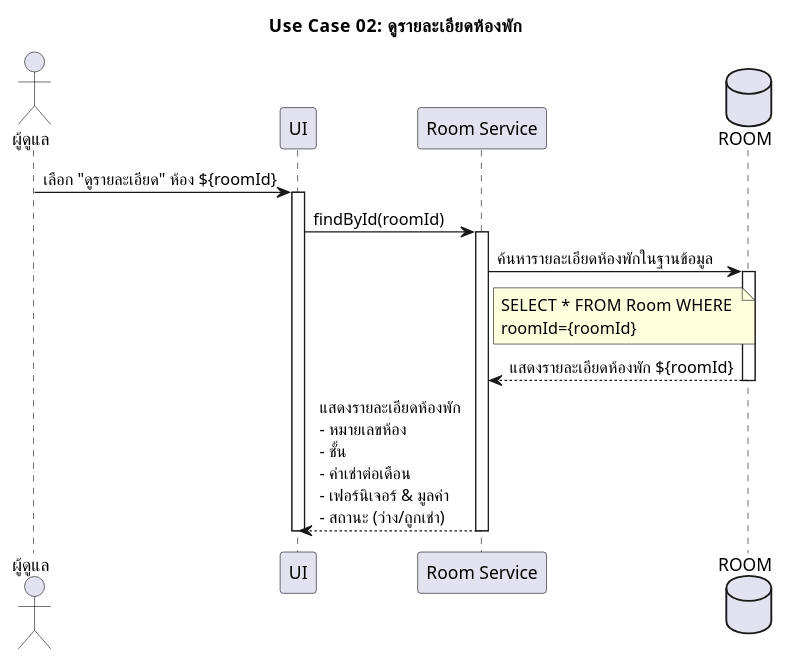
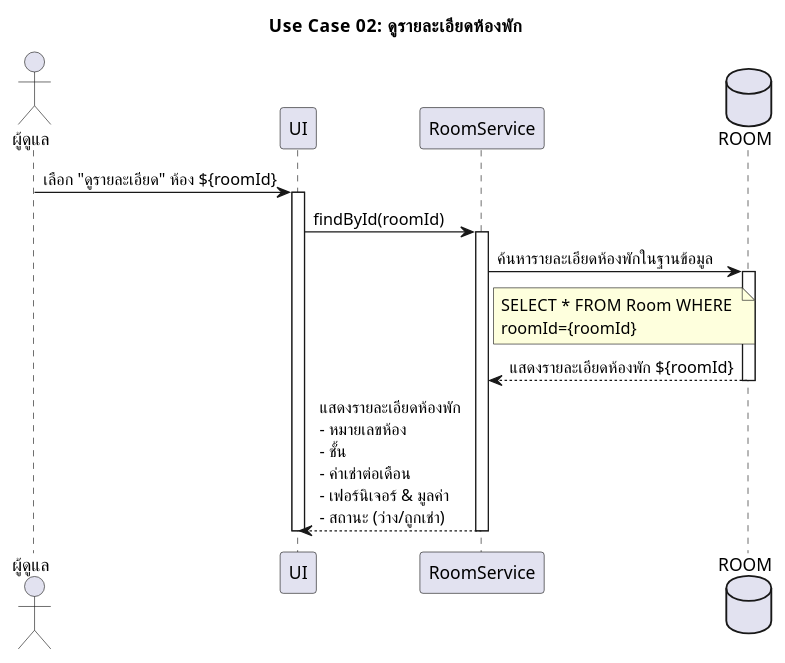
Before and after one commit to warinyang/UML-monthly-room-rent: the diagram in UseCase02_room_detail.plantuml, drawn with PlantUML.

```diff
--- a/UseCase02_room_detail.plantuml
+++ b/UseCase02_room_detail.plantuml
@@ -1,26 +1,26 @@
 @startuml Use Case 02: ดูรายละเอียดห้องพัก
 skinparam defaultFontName "TH Sarabun New"
 title Use Case 02: ดูรายละเอียดห้องพัก
 actor "ผู้ดูแล" as Admin
 participant "UI" as UI
-participant "Room Service" as  MSROOM
+participant "RoomService" as  MSROOM
 database    ROOM    as Room
 
 Admin -> UI  : เลือก "ดูรายละเอียด" ห้อง ${roomId}
 activate UI
 UI -> MSROOM :findById(roomId)
 activate MSROOM
 MSROOM -> Room : ค้นหารายละเอียดห้องพักในฐานข้อมูล
 
 note right of MSROOM
 SELECT * FROM Room  WHERE 
 roomId={roomId}
 end note
 
 activate Room
 Room --> MSROOM: แสดงรายละเอียดห้องพัก ${roomId}
 deactivate Room
 MSROOM --> UI: แสดงรายละเอียดห้องพัก\n- หมายเลขห้อง\n- ชั้น\n- ค่าเช่าต่อเดือน\n- เฟอร์นิเจอร์ & มูลค่า\n- สถานะ (ว่าง/ถูกเช่า)
 deactivate MSROOM
 deactivate UI
 @enduml
```
